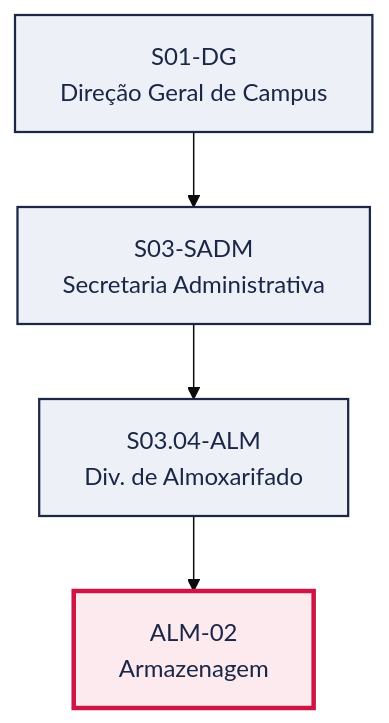
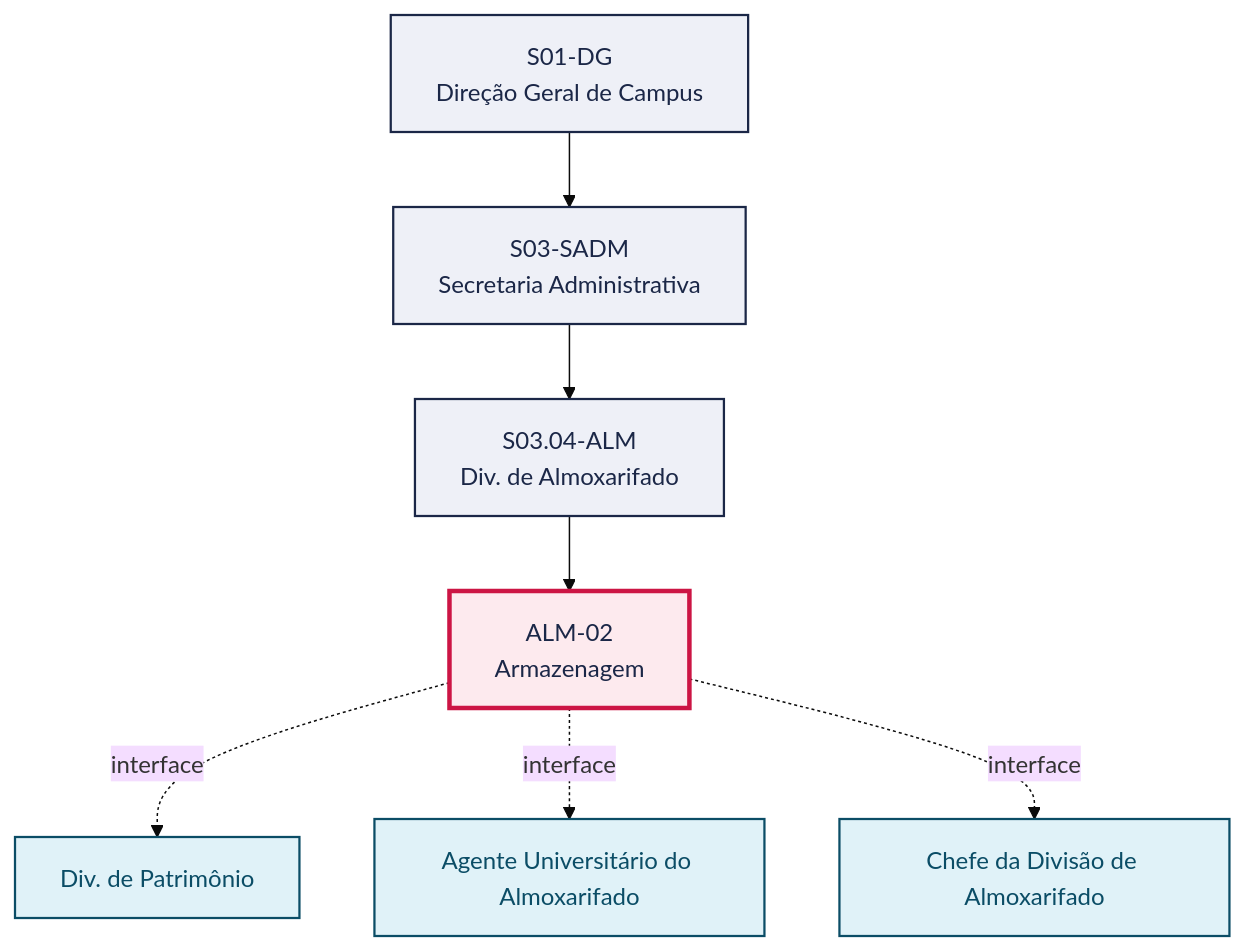
One commit to jessefers/canvas-vivo-atdg changed the first of 2 diagrams in pops/ALM/ALM-02.md. Above: the diagram before and after it, drawn with Mermaid (base theme). The commit also changed other lines of this file and 9 other files, not shown here.

````diff
--- a/pops/ALM/ALM-02.md
+++ b/pops/ALM/ALM-02.md
@@ -49,15 +52,22 @@
 ```mermaid
 graph TD
   S01_DG["S01-DG<br/>Direção Geral de Campus"]
   S03_SADM["S03-SADM<br/>Secretaria Administrativa"]
   S01_DG --> S03_SADM
   S03_04_ALM["S03.04-ALM<br/>Div. de Almoxarifado"]
   S03_SADM --> S03_04_ALM
   P["ALM-02<br/>Armazenagem"]
   S03_04_ALM --> P
+  V1["Div. de Patrimônio"]
+  P -. interface .-> V1
+  V2["Agente Universitário do Almoxarifado"]
+  P -. interface .-> V2
+  V3["Chefe da Divisão de Almoxarifado"]
+  P -. interface .-> V3
   classDef setor fill:#EEF0F7,stroke:#1B2747,stroke-width:1.5px,color:#1B2747
   classDef destaque fill:#FDEAEE,stroke:#CC1544,stroke-width:3px,color:#1B2747
   classDef vizinho fill:#E0F2F8,stroke:#0B4D66,stroke-width:1.5px,color:#0B4D66
   class S01_DG,S03_SADM,S03_04_ALM setor
   class P destaque
+  class V1,V2,V3 vizinho
 ```
````
